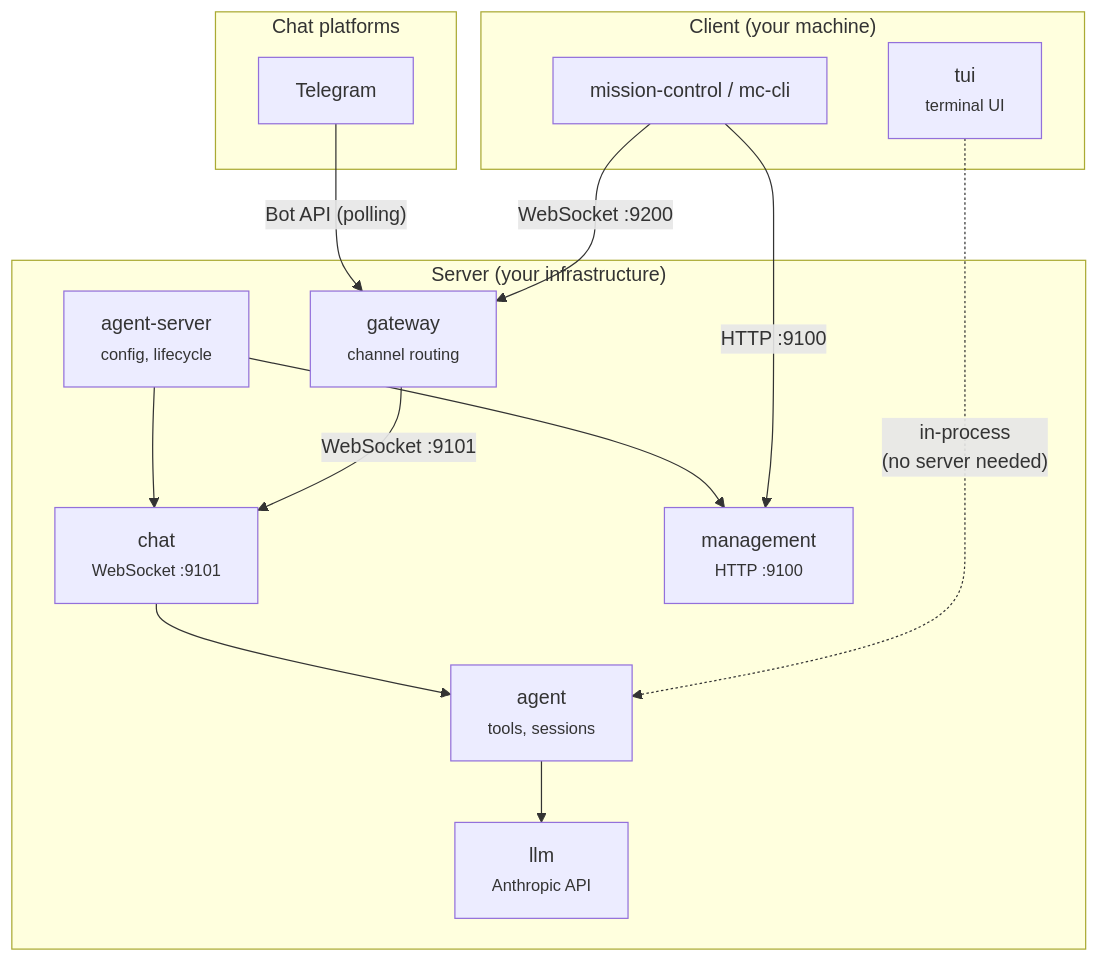
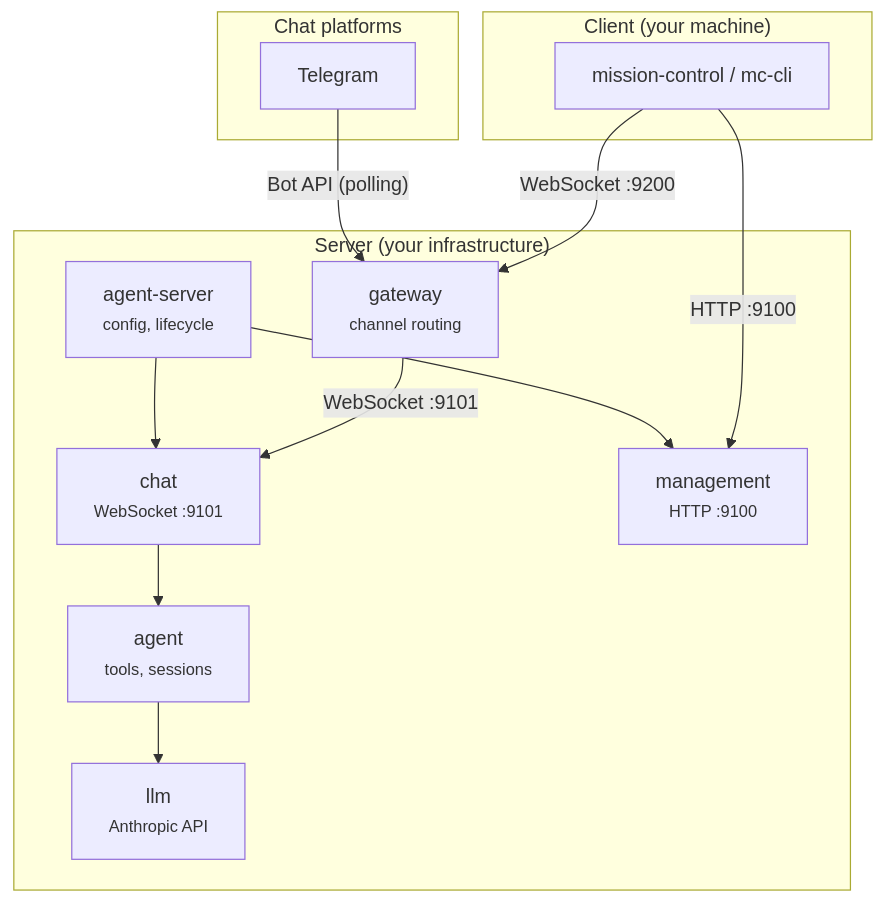
One commit to volumegambit/Dash changed the diagram in README.md. Above: the diagram before and after it, drawn with Mermaid. The commit also changed other lines of this file, not shown here.

Commit message:
Simplify architecture diagram to 4 main components

````diff
--- a/README.md
+++ b/README.md
@@ -26,26 +26,24 @@
 ```mermaid
 graph TB
   subgraph platforms ["Chat platforms"]
     telegram["Telegram"]
   end
 
   subgraph server ["Server (your infrastructure)"]
     agent-server["agent-server<br/><small>config, lifecycle</small>"]
     agent-server --> chat["chat<br/><small>WebSocket :9101</small>"]
     agent-server --> management["management<br/><small>HTTP :9100</small>"]
     chat --> agent["agent<br/><small>tools, sessions</small>"]
     agent --> llm["llm<br/><small>Anthropic API</small>"]
     gateway["gateway<br/><small>channel routing</small>"]
     gateway -- "WebSocket :9101" --> chat
   end
 
   subgraph client ["Client (your machine)"]
-    tui["tui<br/><small>terminal UI</small>"]
     mc["mission-control / mc-cli"]
   end
 
   telegram -- "Bot API (polling)" --> gateway
-  tui -. "in-process<br/>(no server needed)" .-> agent
   mc -- "HTTP :9100" --> management
   mc -- "WebSocket :9200" --> gateway
 ```
````
